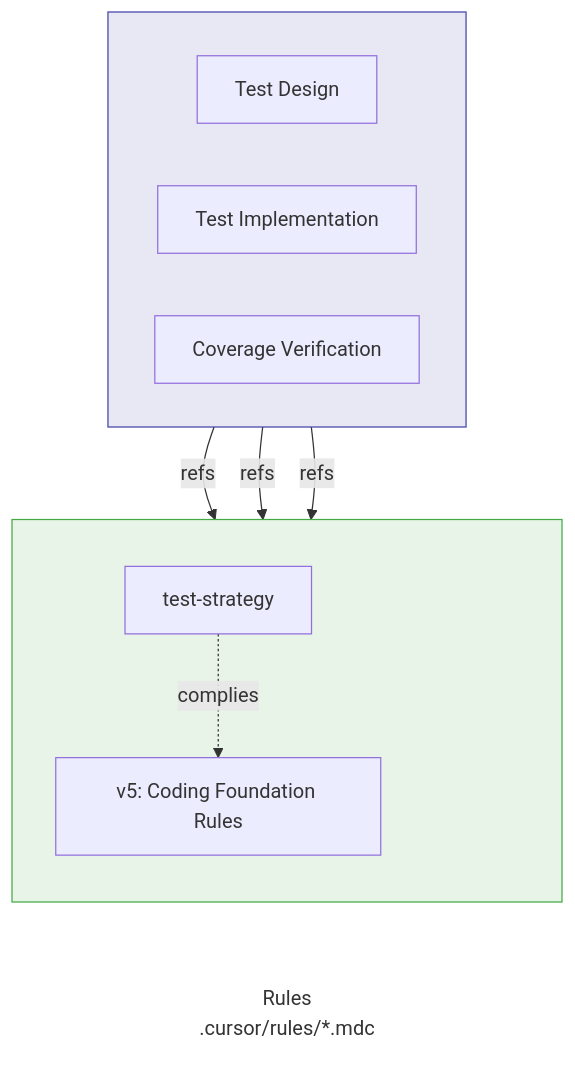
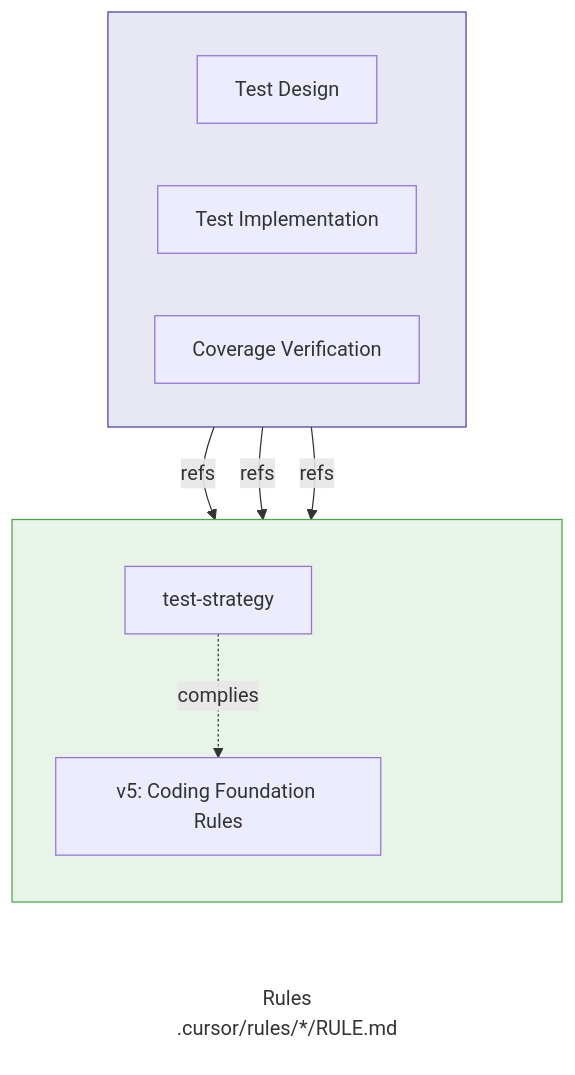
Before and after one commit to kinopeee/cursorrules: the second of 2 diagrams in en/doc/rules-and-workflows.md, drawn with Mermaid. The commit also changed other lines of this file and 35 other files, not shown here.

````diff
--- a/en/doc/rules-and-workflows.md
+++ b/en/doc/rules-and-workflows.md
@@ -136,35 +136,35 @@
 ```mermaid
 flowchart TB
     subgraph TestWork[" "]
         direction LR
         T1[Test Design]
         T2[Test Implementation]
         T3[Coverage Verification]
     end
 
     subgraph TestRules[" "]
         direction TB
         TR1[test-strategy]
         space2[ ]
         V5T[v5: Coding Foundation Rules]
     end
     
-    RLabelT[Rules<br/>.cursor/rules/*.mdc]
+    RLabelT[Rules<br/>.cursor/rules/*/RULE.md]
 
     TestWork ~~~ TestRules
     TestRules ~~~ RLabelT
 
     T1 -->|refs| TR1
     T2 -->|refs| TR1
     T3 -->|refs| TR1
     
     TR1 -.->|complies| V5T
 
     style TestWork fill:#e8e8f4,stroke:#44a
     style TestRules fill:#e8f4e8,stroke:#4a4
     style RLabelT fill:none,stroke:none
     style space2 fill:none,stroke:none
     
     linkStyle 0 stroke:none
     linkStyle 1 stroke:none
 ```
````
